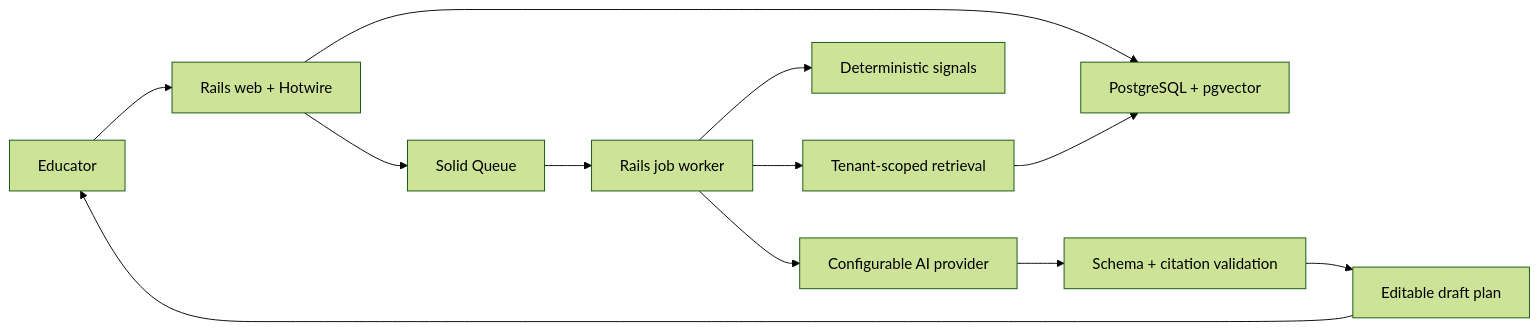
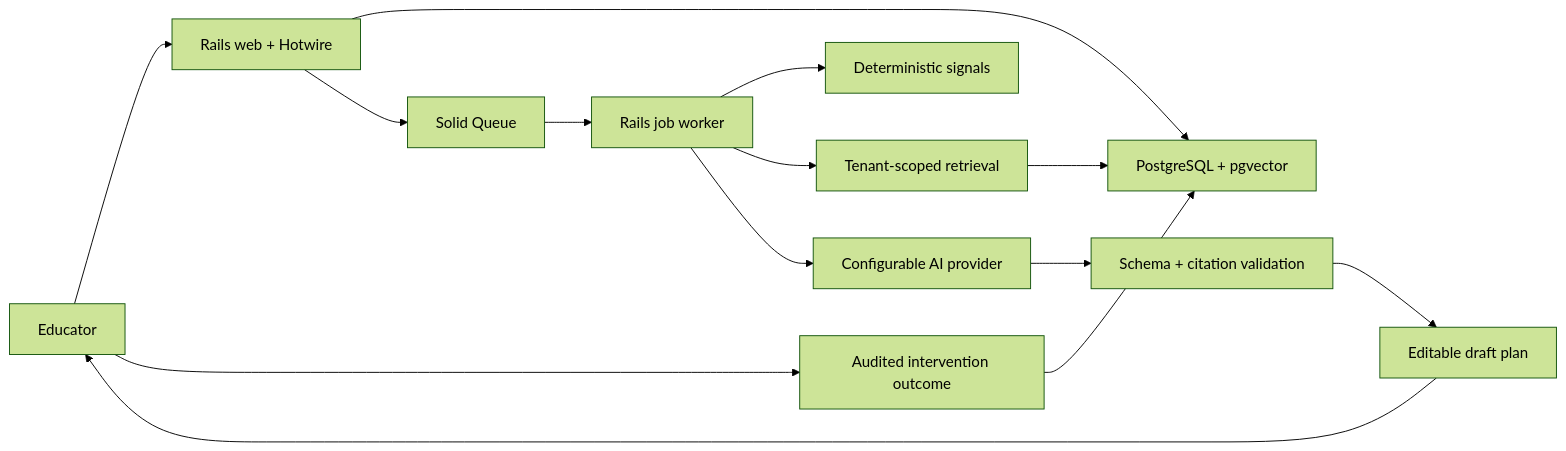
One commit to drewlshoaf/learningsignal changed the diagram in docs/architecture/overview.md. Above: the diagram before and after it, drawn with Mermaid (forest theme). The commit also changed other lines of this file and 30 other files, not shown here.

````diff
--- a/docs/architecture/overview.md
+++ b/docs/architecture/overview.md
@@ -5,14 +5,16 @@
 ```mermaid
 flowchart LR
   Teacher["Educator"] --> Web["Rails web + Hotwire"]
   Web --> DB["PostgreSQL + pgvector"]
   Web --> Queue["Solid Queue"]
   Queue --> Worker["Rails job worker"]
   Worker --> Detection["Deterministic signals"]
   Worker --> Retrieval["Tenant-scoped retrieval"]
   Retrieval --> DB
   Worker --> Provider["Configurable AI provider"]
   Provider --> Validation["Schema + citation validation"]
   Validation --> Draft["Editable draft plan"]
   Draft --> Teacher
+  Teacher --> Outcome["Audited intervention outcome"]
+  Outcome --> DB
 ```
````
